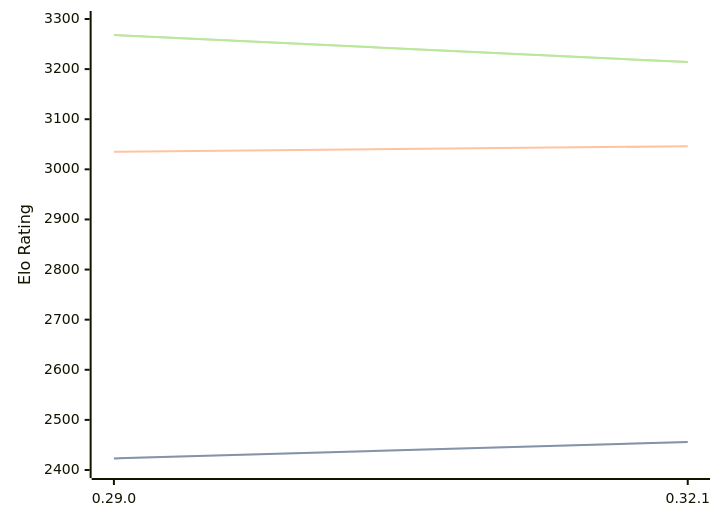
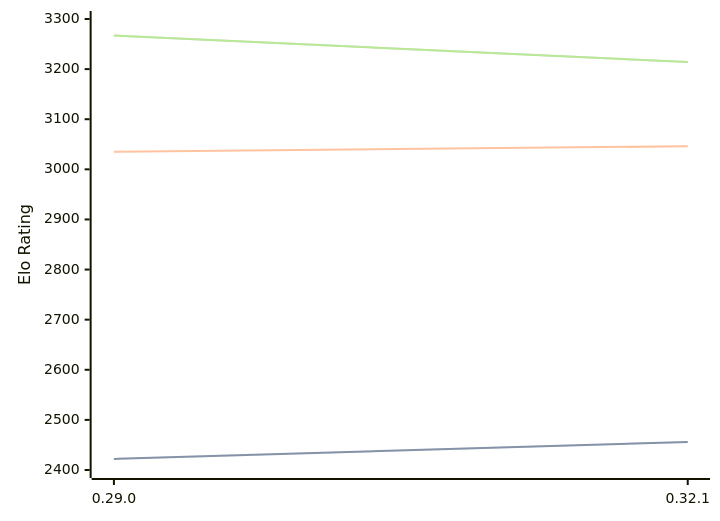
One commit to computer-chess-index/cci changed the diagram in engines/Lc0.md. Above: the diagram before and after it, drawn with Mermaid. The commit also changed other lines of this file, not shown here.

Commit message:
Update CCI Ratings (ELO VLTC) - 2026-04-20

````diff
--- a/engines/Lc0.md
+++ b/engines/Lc0.md
@@ -68,11 +68,11 @@
 ```mermaid
 %%{init: {"theme":"base","themeVariables":{"seriesColors:['#a3a3a3','#222221','#faa371']}}}%%
 xychart-beta
   x-axis ["0.29.0", "0.32.1"]
   y-axis "Elo Rating" 2400 --> 3300
-  line "STC (8.0+0.08s)" [2423, 2456]
-  line "STC (8.0+0.08s)" [2423, 2456]
+  line "STC (8.0+0.08s)" [2422, 2456]
+  line "STC (8.0+0.08s)" [2422, 2456]
   line "LTC (60.0+0.60s)" [3035, 3046]
-  line "VLTC (2m24s+1.12s)" [3268, 3214]
-  line "VLTC (2m24s+1.12s)" [3268, 3214]
+  line "VLTC (2m24s+1.12s)" [3267, 3214]
+  line "VLTC (2m24s+1.12s)" [3267, 3214]
 ```
````
